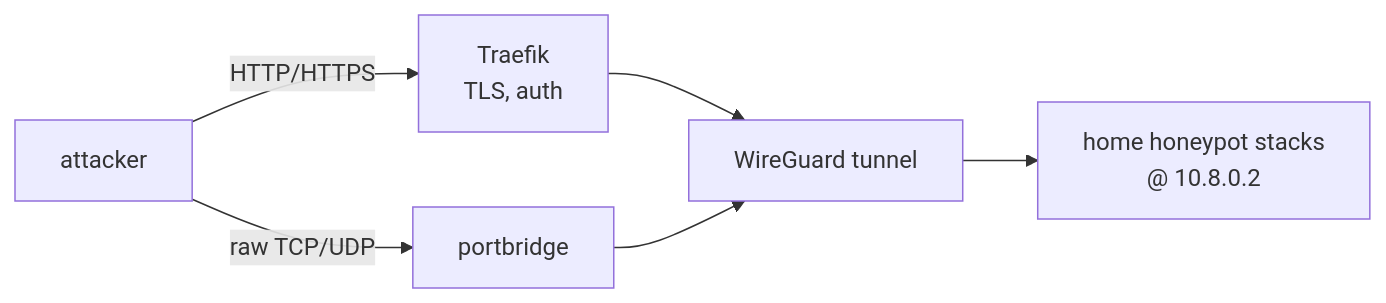
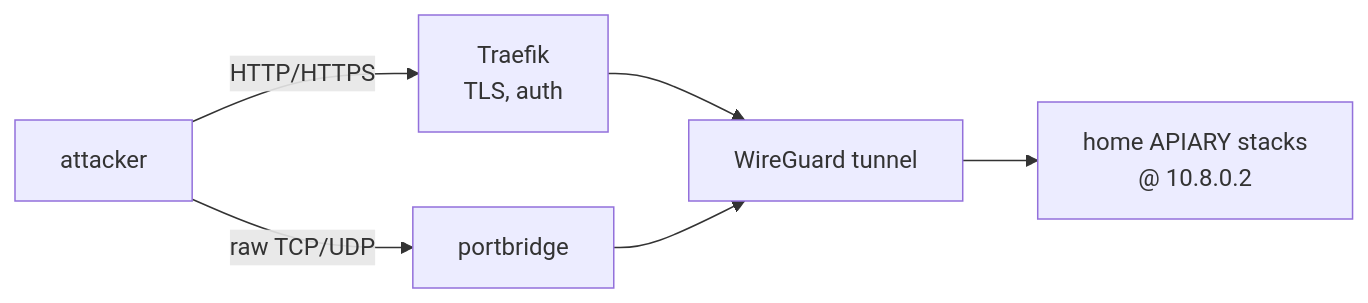
Before and after one commit to Xore/APIARY: the diagram in README.md, drawn with Mermaid. The commit also changed other lines of this file and 49 other files, not shown here.

````diff
--- a/README.md
+++ b/README.md
@@ -11,8 +11,8 @@
 ```mermaid
 flowchart LR
   attacker["attacker"] -->|"HTTP/HTTPS"| traefik["Traefik<br/>TLS, auth"]
   attacker -->|"raw TCP/UDP"| portbridge["portbridge"]
   traefik --> wg["WireGuard tunnel"]
   portbridge --> wg
-  wg --> home["home honeypot stacks<br/>@ 10.8.0.2"]
+  wg --> home["home APIARY stacks<br/>@ 10.8.0.2"]
 ```
````
